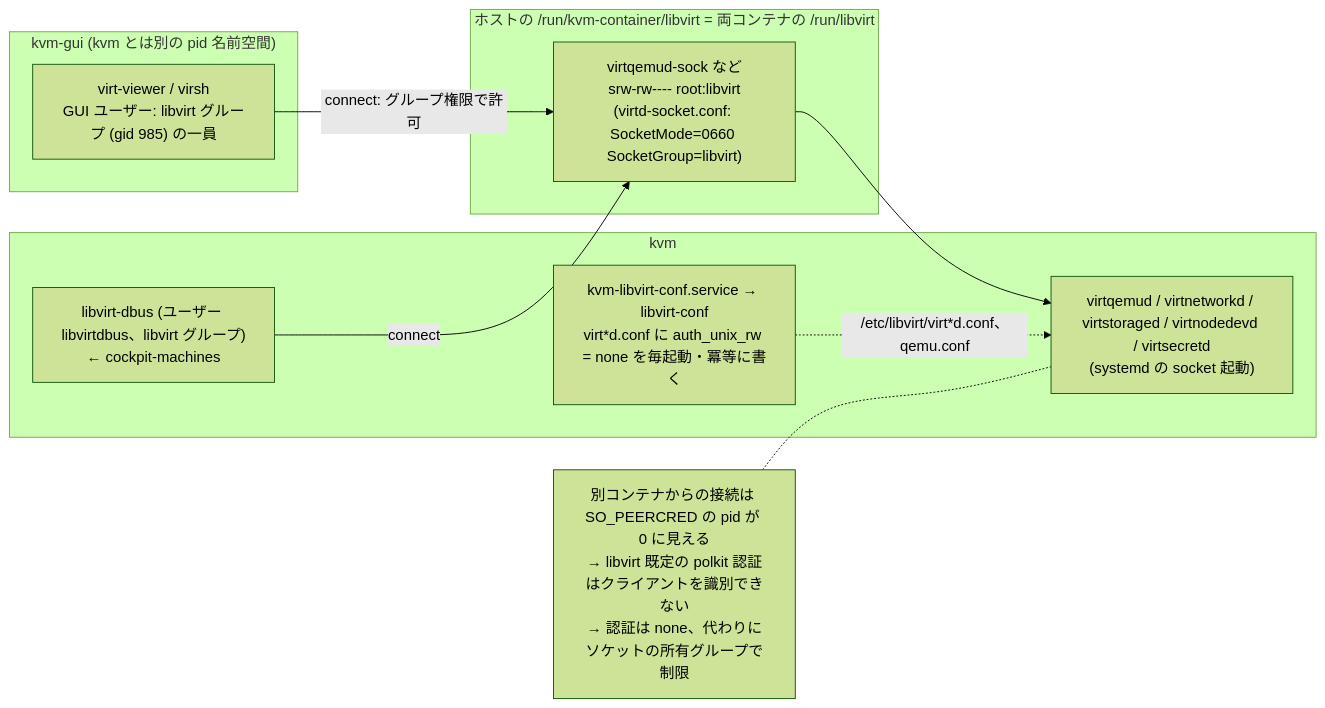
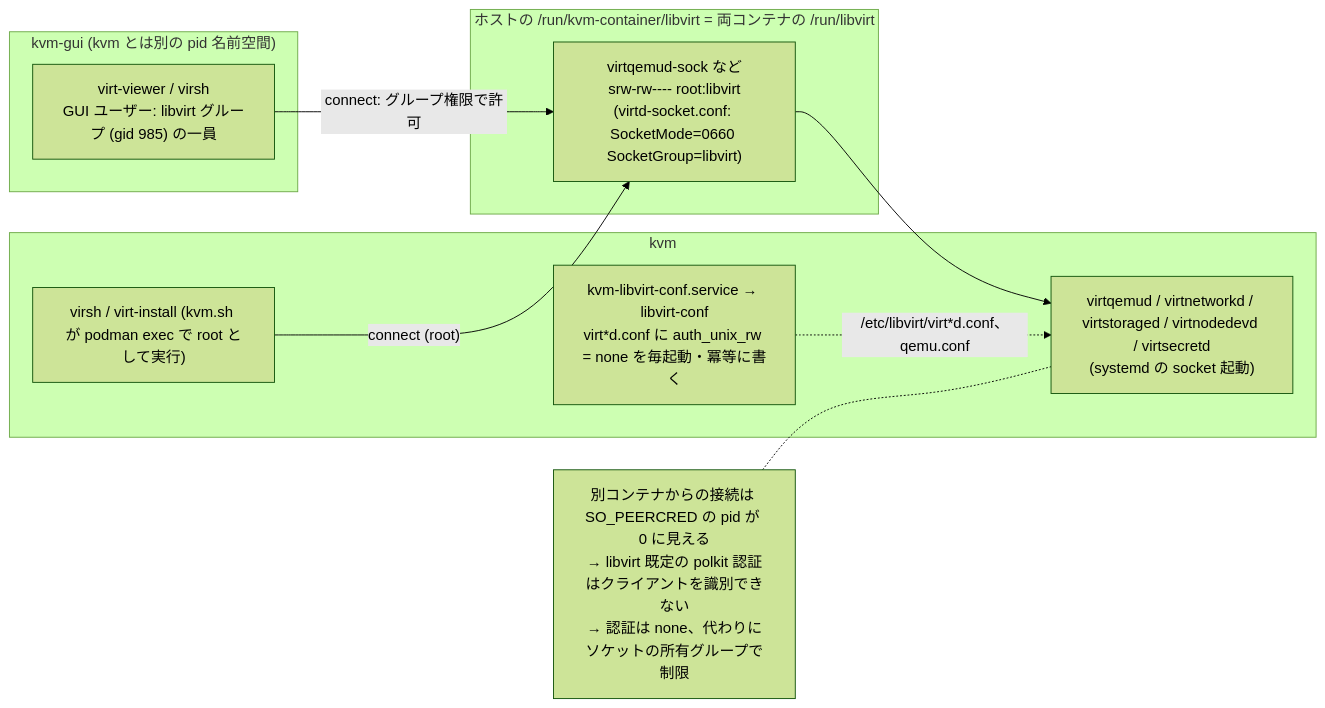
Before and after one commit to ryo-aoki-pc/kvm-container: the seventh of 22 diagrams in docs/SPEC.md, drawn with Mermaid (forest theme). The commit also changed other lines of this file and 11 other files, not shown here.

````diff
--- a/docs/SPEC.md
+++ b/docs/SPEC.md
@@ -384,20 +363,20 @@
 ```mermaid
 flowchart LR
   subgraph gui ["kvm-gui (kvm とは別の pid 名前空間)"]
     app["virt-viewer / virsh<br/>GUI ユーザー: libvirt グループ (gid 985) の一員"]
   end
   subgraph shared ["ホストの /run/kvm-container/libvirt = 両コンテナの /run/libvirt"]
     sock["virtqemud-sock など<br/>srw-rw---- root:libvirt<br/>(virtd-socket.conf: SocketMode=0660 SocketGroup=libvirt)"]
   end
   subgraph kvm ["kvm"]
     daemon["virtqemud / virtnetworkd / virtstoraged / virtnodedevd / virtsecretd<br/>(systemd の socket 起動)"]
     conf["kvm-libvirt-conf.service → libvirt-conf<br/>virt*d.conf に auth_unix_rw = none を毎起動・冪等に書く"]
-    dbus["libvirt-dbus (ユーザー libvirtdbus、libvirt グループ)<br/>← cockpit-machines"]
+    cli["virsh / virt-install (kvm.sh が podman exec で root として実行)"]
   end
   app -->|"connect: グループ権限で許可"| sock
-  dbus -->|"connect"| sock
+  cli -->|"connect (root)"| sock
   sock --> daemon
   conf -.->|"/etc/libvirt/virt*d.conf、qemu.conf"| daemon
   why["別コンテナからの接続は SO_PEERCRED の pid が 0 に見える<br/>→ libvirt 既定の polkit 認証はクライアントを識別できない<br/>→ 認証は none、代わりにソケットの所有グループで制限"]
   why -.- daemon
 ```
````
